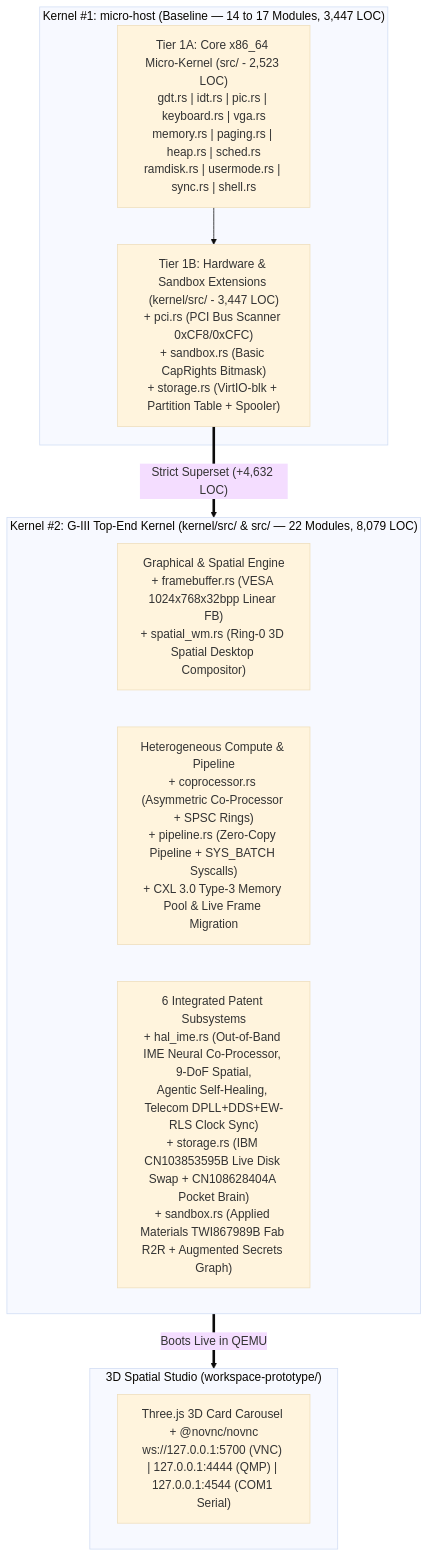
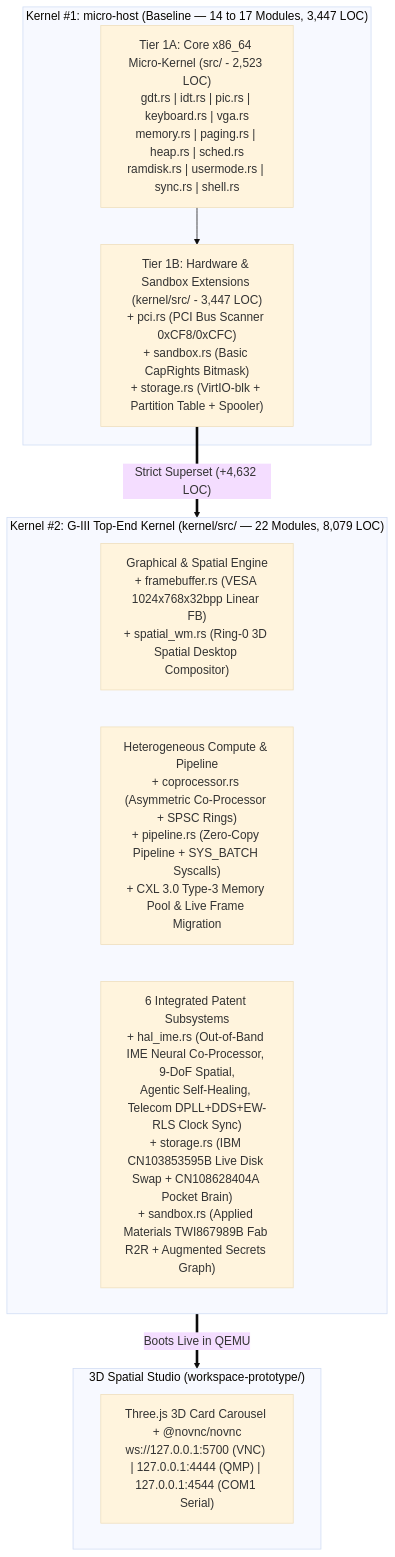
Before and after one commit to peoplescasey0/G-III: the diagram in G-III_ARCHITECTURE_REPORT.md, drawn with Mermaid (base theme). The commit also changed other lines of this file and 10 other files, not shown here.

````diff
--- a/G-III_ARCHITECTURE_REPORT.md
+++ b/G-III_ARCHITECTURE_REPORT.md
@@ -54,21 +54,21 @@
 ```mermaid
 flowchart TB
     subgraph K1["Kernel #1: micro-host (Baseline — 14 to 17 Modules, 3,447 LOC)"]
         K1A["Tier 1A: Core x86_64 Micro-Kernel (src/ - 2,523 LOC)<br/>gdt.rs | idt.rs | pic.rs | keyboard.rs | vga.rs<br/>memory.rs | paging.rs | heap.rs | sched.rs<br/>ramdisk.rs | usermode.rs | sync.rs | shell.rs"]
         K1B["Tier 1B: Hardware & Sandbox Extensions (kernel/src/ - 3,447 LOC)<br/>+ pci.rs (PCI Bus Scanner 0xCF8/0xCFC)<br/>+ sandbox.rs (Basic CapRights Bitmask)<br/>+ storage.rs (VirtIO-blk + Partition Table + Spooler)"]
         K1A --> K1B
     end
 
-    subgraph K2["Kernel #2: G-III Top-End Kernel (kernel/src/ & src/ — 22 Modules, 8,079 LOC)"]
+    subgraph K2["Kernel #2: G-III Top-End Kernel (kernel/src/ — 22 Modules, 8,079 LOC)"]
         G_GFX["Graphical & Spatial Engine<br/>+ framebuffer.rs (VESA 1024x768x32bpp Linear FB)<br/>+ spatial_wm.rs (Ring-0 3D Spatial Desktop Compositor)"]
         G_COPROC["Heterogeneous Compute & Pipeline<br/>+ coprocessor.rs (Asymmetric Co-Processor + SPSC Rings)<br/>+ pipeline.rs (Zero-Copy Pipeline + SYS_BATCH Syscalls)<br/>+ CXL 3.0 Type-3 Memory Pool & Live Frame Migration"]
         G_PATENTS["6 Integrated Patent Subsystems<br/>+ hal_ime.rs (Out-of-Band IME Neural Co-Processor, 9-DoF Spatial,<br/>Agentic Self-Healing, Telecom DPLL+DDS+EW-RLS Clock Sync)<br/>+ storage.rs (IBM CN103853595B Live Disk Swap + CN108628404A Pocket Brain)<br/>+ sandbox.rs (Applied Materials TWI867989B Fab R2R + Augmented Secrets Graph)"]
     end
 
     subgraph STUDIO["3D Spatial Studio (workspace-prototype/)"]
         THREE["Three.js 3D Card Carousel + @novnc/novnc<br/>ws://127.0.0.1:5700 (VNC) | 127.0.0.1:4444 (QMP) | 127.0.0.1:4544 (COM1 Serial)"]
     end
 
     K1B ==>|"Strict Superset (+4,632 LOC)"| K2
     K2 ==>|"Boots Live in QEMU"| STUDIO
 ```
````
